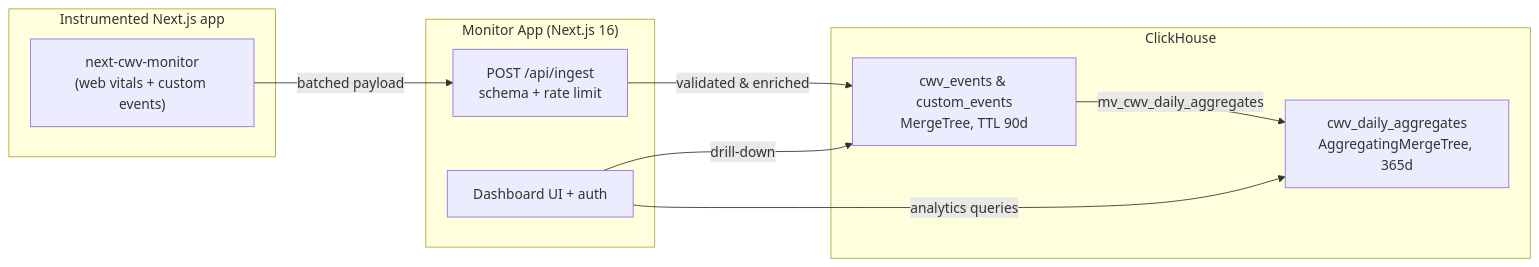
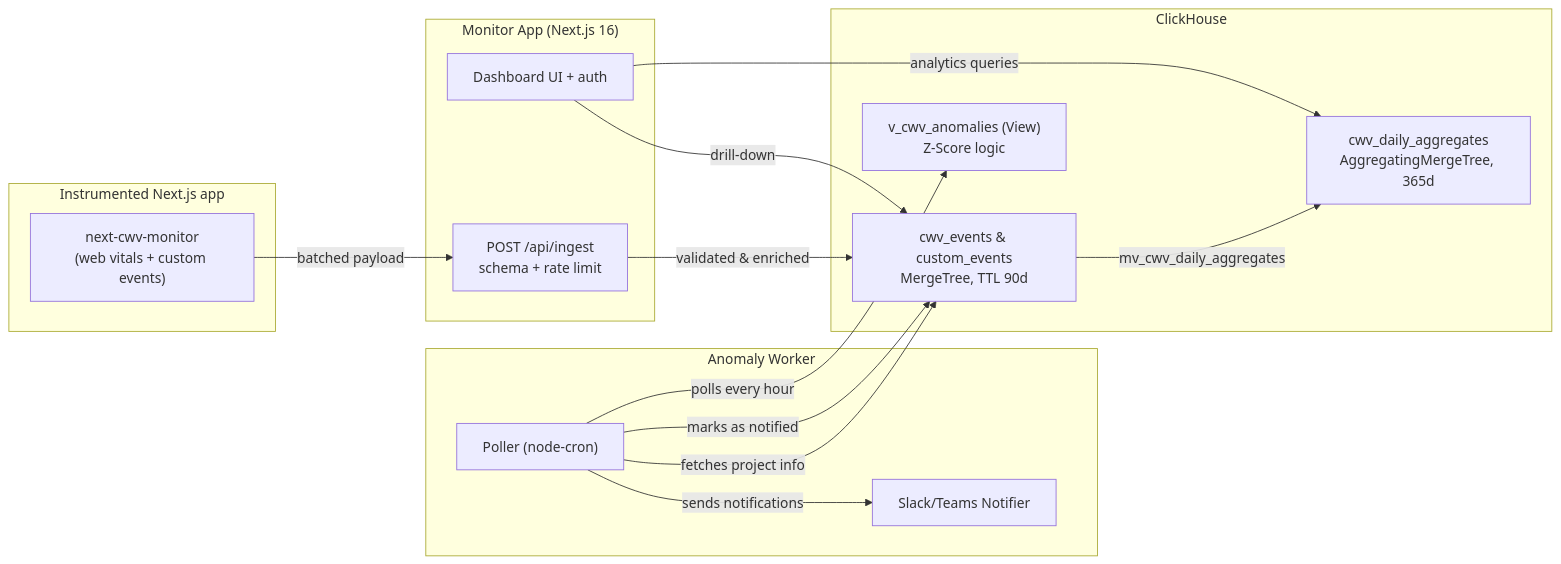
One commit to Blazity/next-cwv-monitor changed the first of 2 diagrams in ARCHITECTURE.md. Above: the diagram before and after it, drawn with Mermaid. The commit also changed other lines of this file and 35 other files, not shown here.

Commit message:
feat: add anomaly checker worker

````diff
--- a/ARCHITECTURE.md
+++ b/ARCHITECTURE.md
@@ -16,19 +17,28 @@
 ```mermaid
 flowchart LR
   subgraph Client["Instrumented Next.js app"]
     SDK["next-cwv-monitor<br>(web vitals + custom events)"]
   end
   subgraph Monitor["Monitor App (Next.js 16)"]
     Ingest["POST /api/ingest<br>schema + rate limit"]
     Dashboard["Dashboard UI + auth"]
   end
+  subgraph Worker["Anomaly Worker"]
+    Poller["Poller (node-cron)"]
+    Notifier["Slack/Teams Notifier"]
+  end
   subgraph CH["ClickHouse"]
     Raw["cwv_events & custom_events<br>MergeTree, TTL 90d"]
     Agg["cwv_daily_aggregates<br>AggregatingMergeTree, 365d"]
+    Anom["v_cwv_anomalies (View)<br>Z-Score logic"]
   end
   SDK -->|"batched payload"| Ingest
   Ingest -->|"validated & enriched"| Raw
   Raw -->|"mv_cwv_daily_aggregates"| Agg
   Dashboard -->|"analytics queries"| Agg
   Dashboard -->|"drill-down"| Raw
+  Poller -->|"polls every hour"| Anom
+  Poller -->|"fetches project info"| Raw
+  Poller -->|"marks as notified"| Raw
+  Poller -->|"sends notifications"| Notifier
 ```
````
